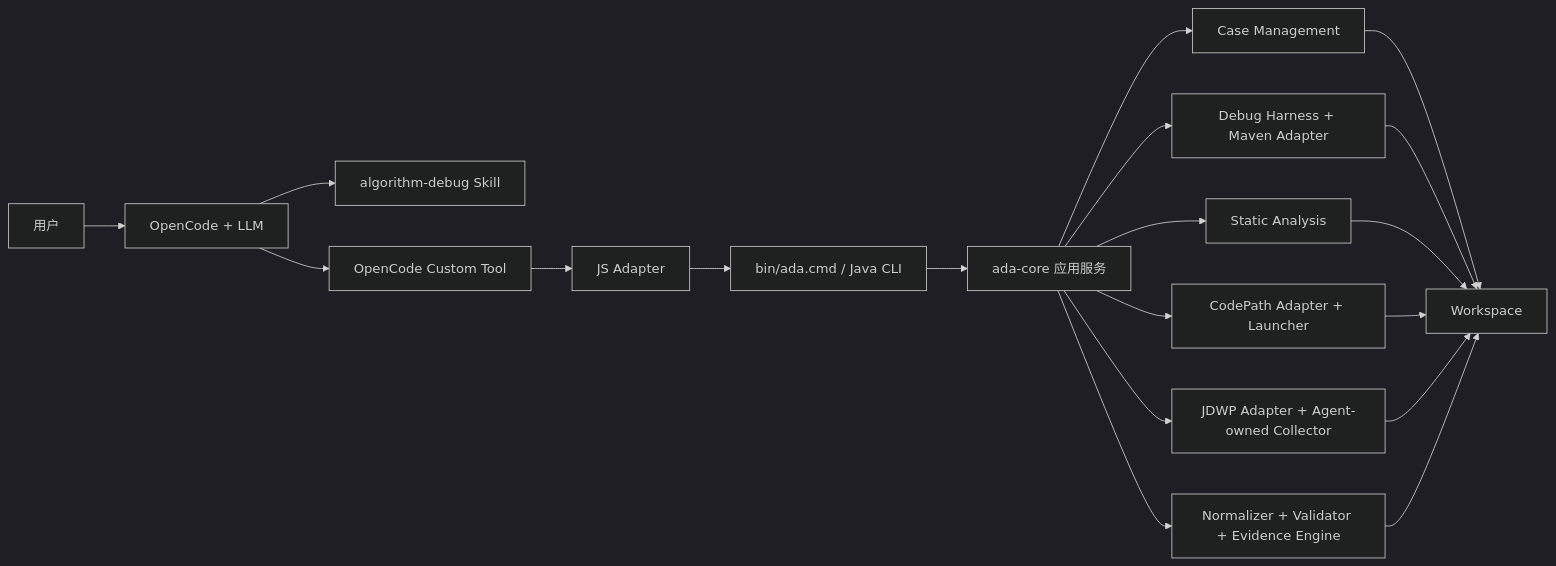
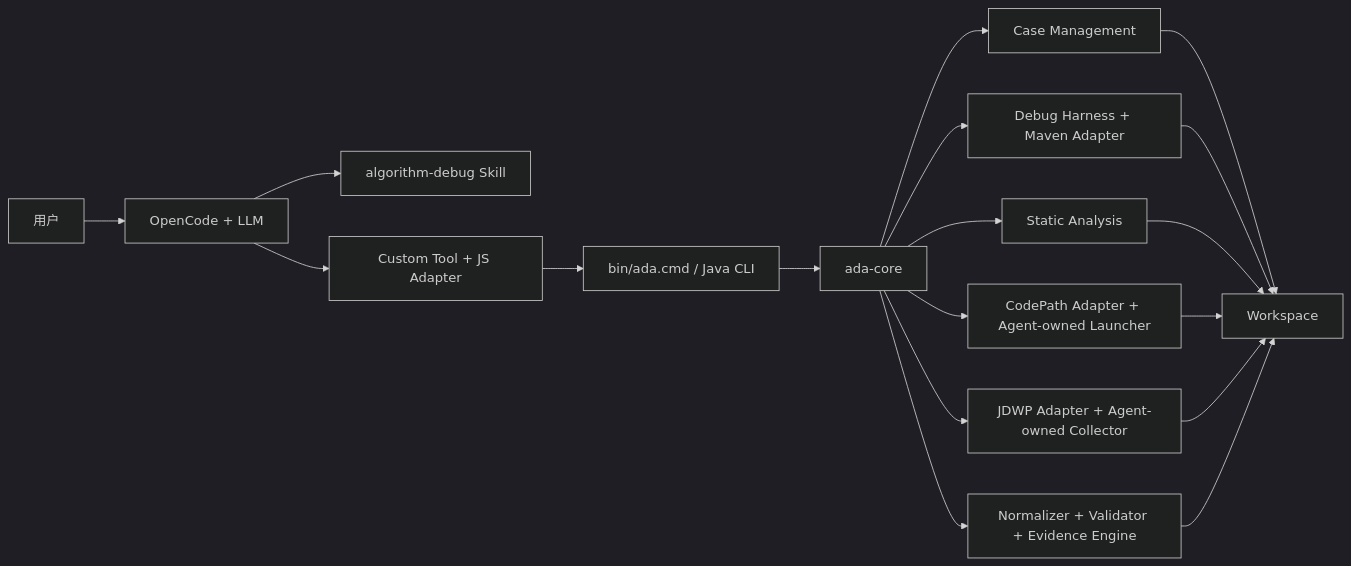
Before and after one commit to mh90901119-oss/algorithm-debug-agent: the first of 2 diagrams in docs/architecture/algorithm-debug-agent-module-detailed-design-v1.md, drawn with Mermaid (dark theme). The commit also changed other lines of this file and 129 other files, not shown here.

````diff
--- a/docs/architecture/algorithm-debug-agent-module-detailed-design-v1.md
+++ b/docs/architecture/algorithm-debug-agent-module-detailed-design-v1.md
@@ -7,21 +7,20 @@
 ```mermaid
 flowchart LR
     U["用户"] --> O["OpenCode + LLM"]
-    O --> SK["algorithm-debug Skill"]
-    O --> TS["OpenCode Custom Tool"]
-    TS --> JS["JS Adapter"]
-    JS --> CLI["bin/ada.cmd / Java CLI"]
-    CLI --> CORE["ada-core 应用服务"]
+    O --> S["algorithm-debug Skill"]
+    O --> T["Custom Tool + JS Adapter"]
+    T --> CLI["bin/ada.cmd / Java CLI"]
+    CLI --> CORE["ada-core"]
     CORE --> CASE["Case Management"]
     CORE --> RUN["Debug Harness + Maven Adapter"]
     CORE --> STATIC["Static Analysis"]
-    CORE --> CP["CodePath Adapter + Launcher"]
+    CORE --> CP["CodePath Adapter + Agent-owned Launcher"]
     CORE --> JDWP["JDWP Adapter + Agent-owned Collector"]
-    CORE --> NV["Normalizer + Validator + Evidence Engine"]
+    CORE --> E["Normalizer + Validator + Evidence Engine"]
     CASE --> W["Workspace"]
     RUN --> W
     STATIC --> W
     CP --> W
     JDWP --> W
-    NV --> W
+    E --> W
 ```
````
